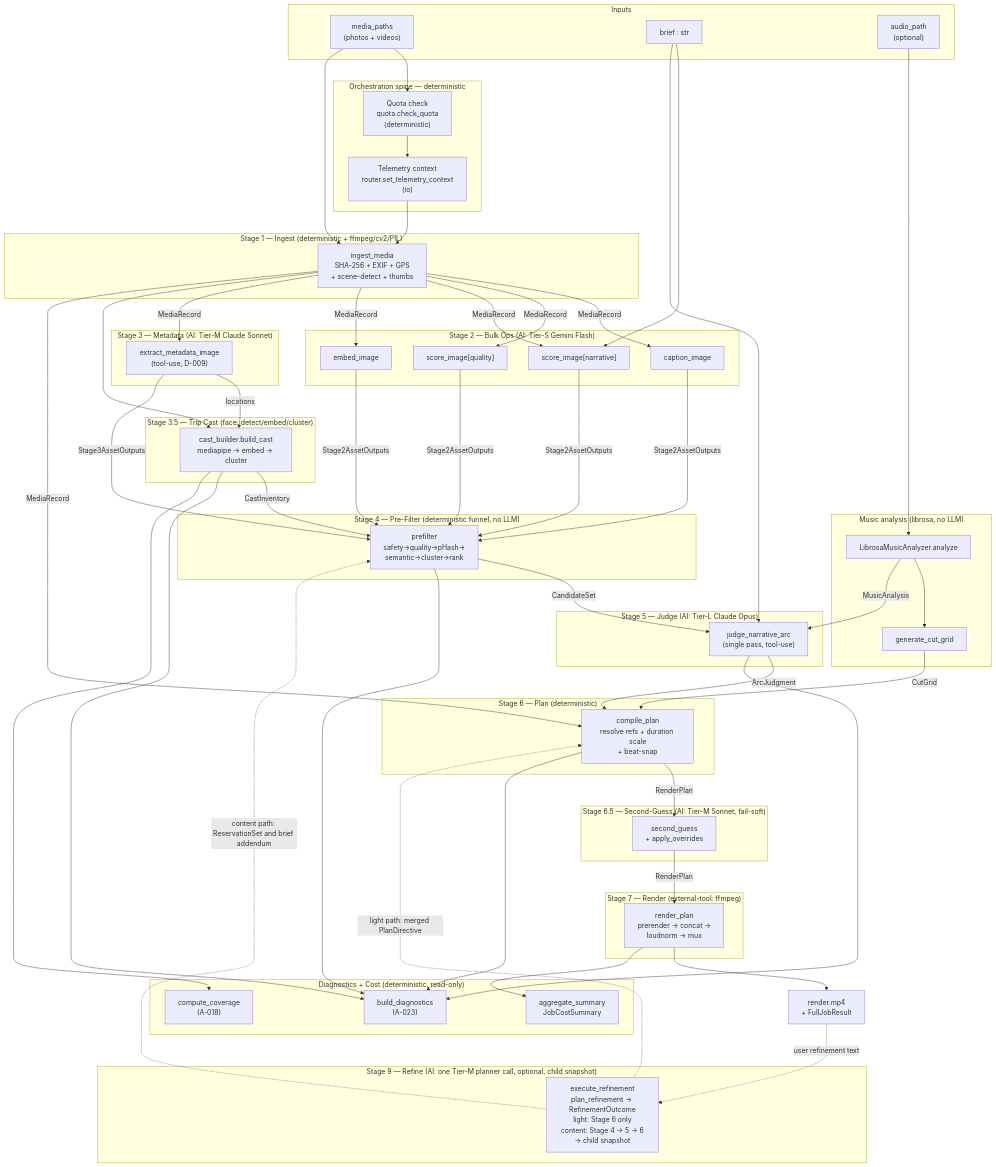
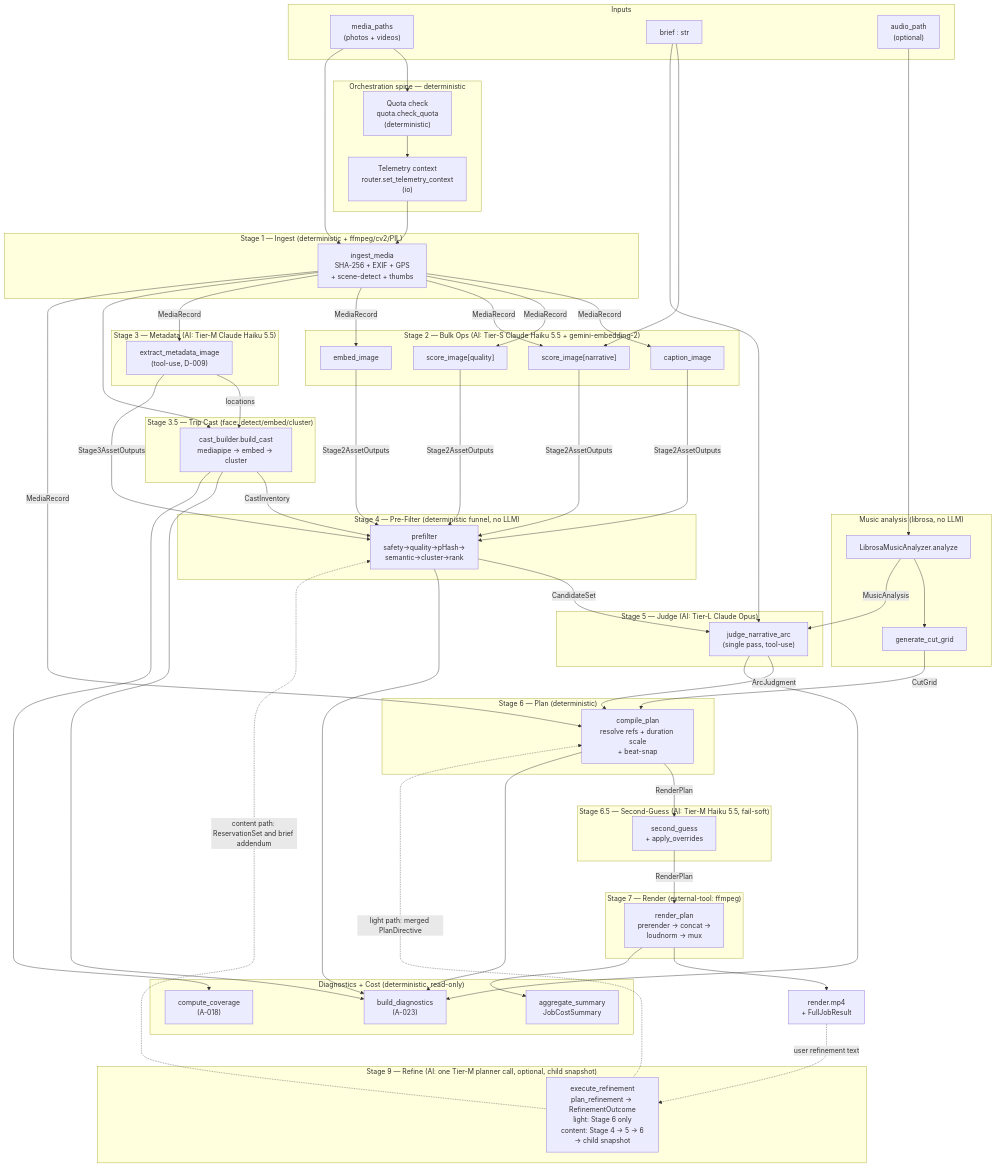
The diagram in docs/architecture/PIPELINE_DATAFLOW.md (khoks/impact-crater), drawn with Mermaid before and after one commit. The commit also changed other lines of this file and 52 other files, not shown here.

First line of the commit message:
feat(llm): Phase 1 model lineup — Haiku 5.5 Tier-S/M, Opus 5.5 judge, gemini-embedding-2 image vectors, 3.1-flash-lite-image [S-2.10.9] (#107)

```diff
--- a/docs/architecture/PIPELINE_DATAFLOW.md
+++ b/docs/architecture/PIPELINE_DATAFLOW.md
@@ -69,7 +69,7 @@
     TELE --> ING
     MEDIA --> ING
 
-    subgraph S2["Stage 2 — Bulk Ops (AI: Tier-S Gemini Flash)"]
+    subgraph S2["Stage 2 — Bulk Ops (AI: Tier-S Claude Haiku 5.5 + gemini-embedding-2)"]
         CAP["caption_image"]
         QS["score_image[quality]"]
         NR["score_image[narrative]"]
@@ -78,7 +78,7 @@
     ING -->|MediaRecord| CAP & QS & NR & EMB
     BRIEF --> NR
 
-    subgraph S3["Stage 3 — Metadata (AI: Tier-M Claude Sonnet)"]
+    subgraph S3["Stage 3 — Metadata (AI: Tier-M Claude Haiku 5.5)"]
         META["extract_metadata_image\n(tool-use, D-009)"]
     end
     ING -->|MediaRecord| META
@@ -116,7 +116,7 @@
     CG -->|CutGrid| PLAN
     ING -->|MediaRecord| PLAN
 
-    subgraph S65["Stage 6.5 — Second-Guess (AI: Tier-M Sonnet, fail-soft)"]
+    subgraph S65["Stage 6.5 — Second-Guess (AI: Tier-M Haiku 5.5, fail-soft)"]
         SG["second_guess\n+ apply_overrides"]
     end
     PLAN -->|RenderPlan| SG
```
